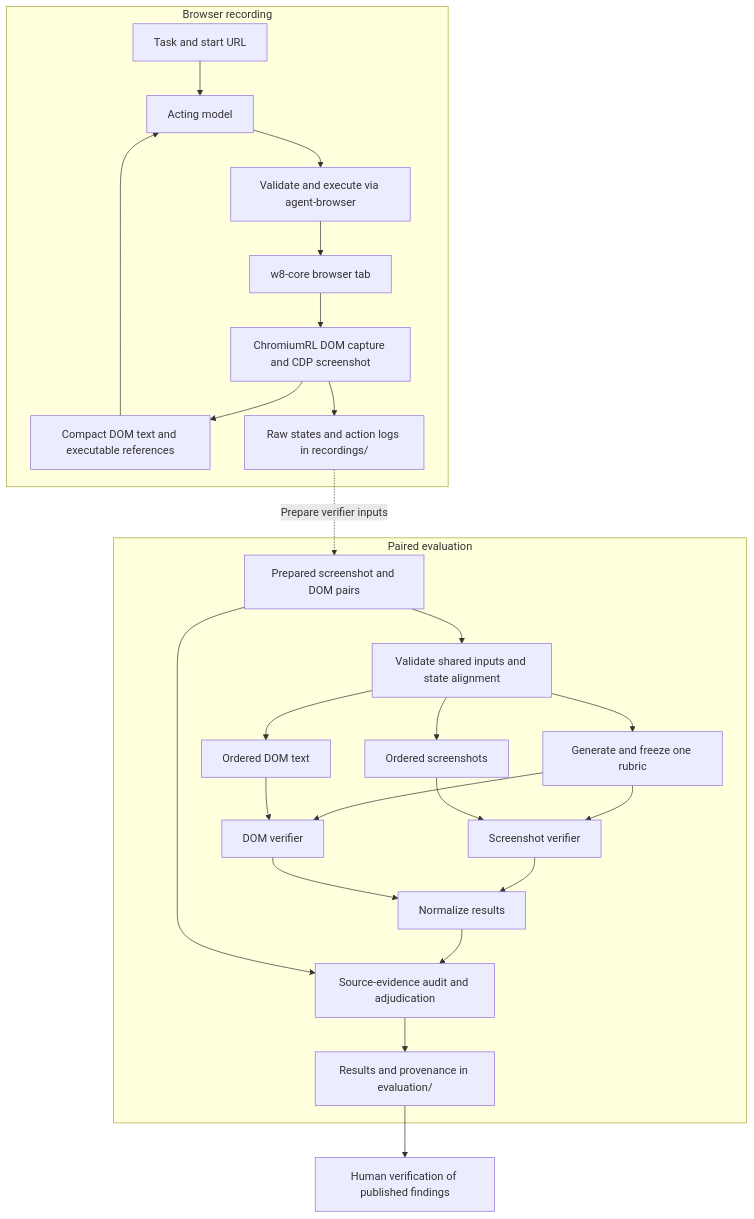
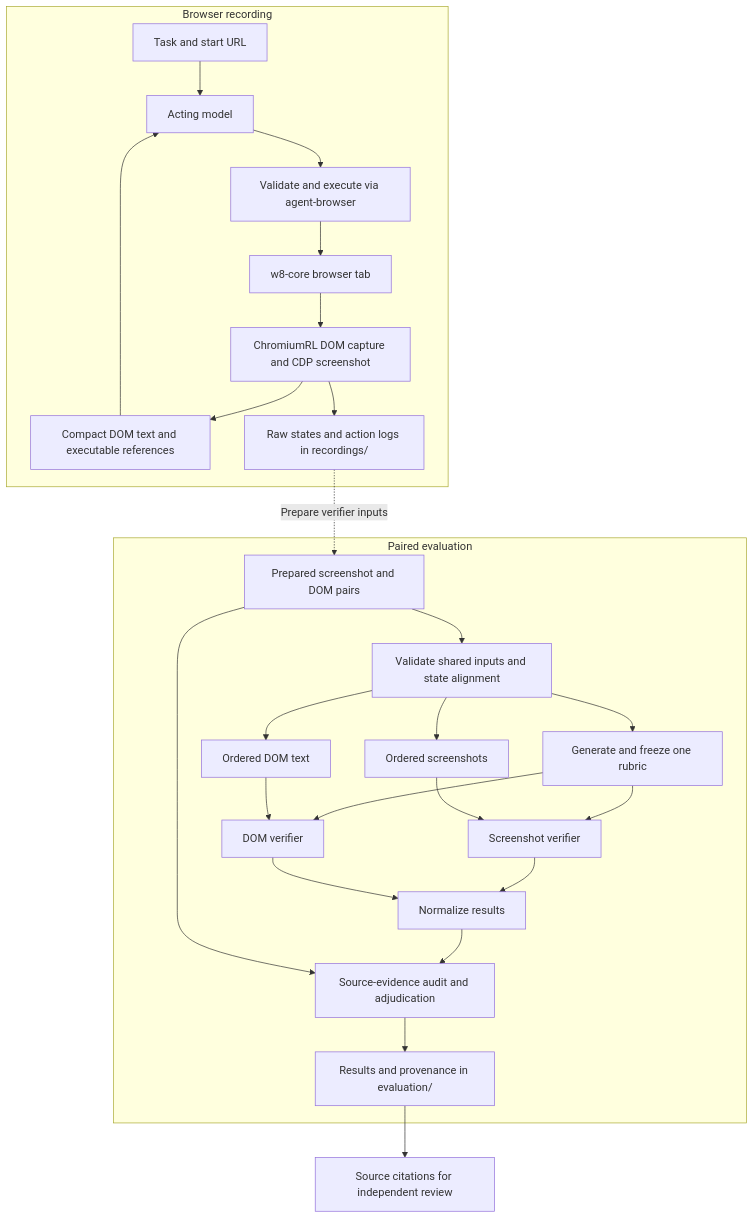
Before and after one commit to wootzapp/w8-domdiff-bench: the diagram in README.md, drawn with Mermaid. The commit also changed other lines of this file and 16 other files, not shown here.

````diff
--- a/README.md
+++ b/README.md
@@ -307,29 +279,29 @@
 ```mermaid
 flowchart TB
     subgraph recording[Browser recording]
         task[Task and start URL] --> actor[Acting model]
         actor --> harness[Validate and execute via agent-browser]
         harness --> browser[w8-core browser tab]
         browser --> capture[ChromiumRL DOM capture and CDP screenshot]
         capture --> observation[Compact DOM text and executable references]
         observation --> actor
         capture --> raw[Raw states and action logs in recordings/]
     end
     raw -. Prepare verifier inputs .-> pairs[Prepared screenshot and DOM pairs]
     subgraph evaluation[Paired evaluation]
         pairs --> check[Validate shared inputs and state alignment]
         check --> rubric[Generate and freeze one rubric]
         rubric --> ssjudge[Screenshot verifier]
         rubric --> domjudge[DOM verifier]
         check --> screenshots[Ordered screenshots]
         check --> dom[Ordered DOM text]
         screenshots --> ssjudge
         dom --> domjudge
         ssjudge --> normalize[Normalize results]
         domjudge --> normalize
         normalize --> audit[Source-evidence audit and adjudication]
         pairs --> audit
         audit --> output[Results and provenance in evaluation/]
     end
-    output --> review[Human verification of published findings]
+    output --> review[Source citations for independent review]
 ```
````
